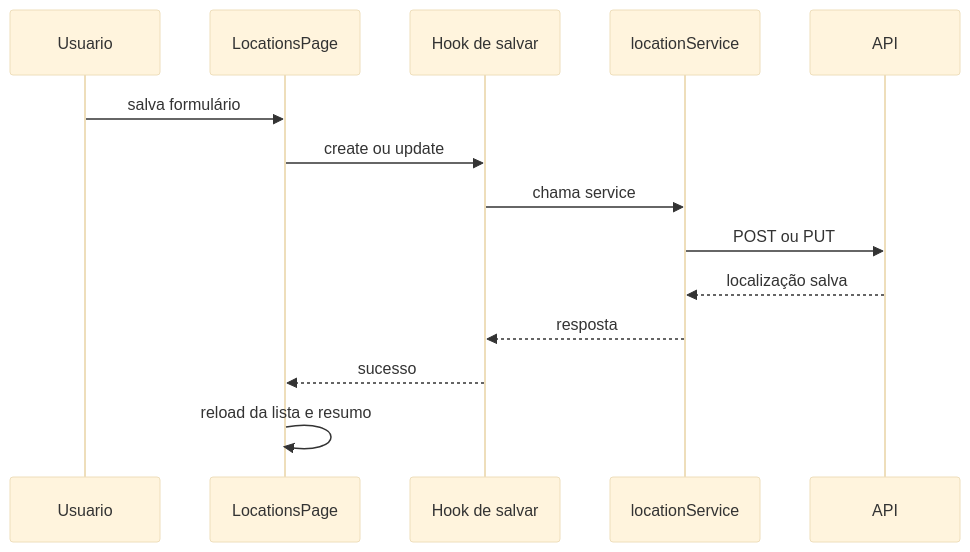
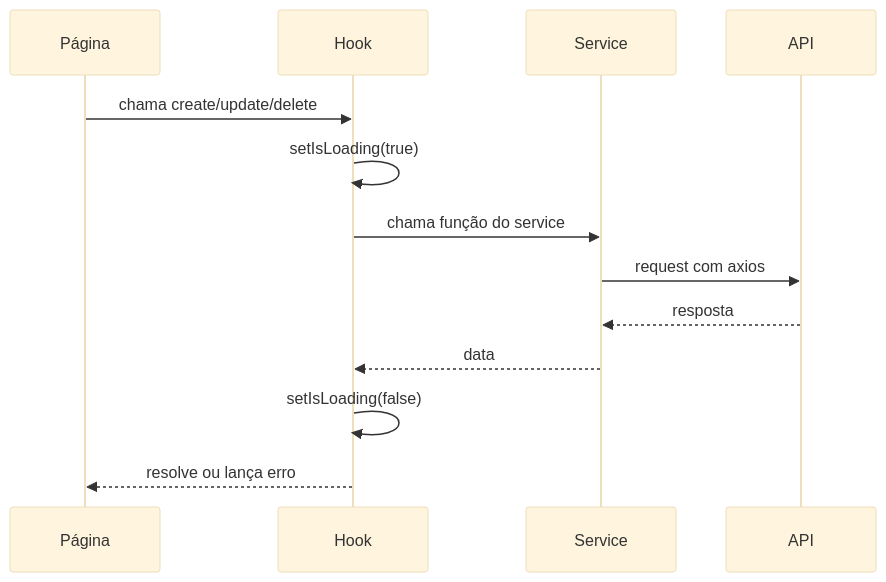
One commit to modulo-4-javascript/sistema-gestao-equipamentos-allef-ramos changed the third of 6 diagrams in frontend/docs/aula-08/README-alunos.md. Above: the diagram before and after it, drawn with Mermaid (base theme). The commit also changed other lines of this file and 2 other files, not shown here.

First line of the commit message:
feat: update README and LocationsPage for final assignment on Localizações

````diff
--- a/frontend/docs/aula-08/README-alunos.md
+++ b/frontend/docs/aula-08/README-alunos.md
@@ -214,17 +224,16 @@
 ```mermaid
 sequenceDiagram
-  participant User as Usuario
-  participant Page as LocationsPage
-  participant Hook as Hook de salvar
-  participant Service as locationService
+  participant Page as Página
+  participant Hook as Hook
+  participant Service as Service
   participant API as API
 
-  User->>Page: salva formulário
-  Page->>Hook: create ou update
-  Hook->>Service: chama service
-  Service->>API: POST ou PUT
-  API-->>Service: localização salva
-  Service-->>Hook: resposta
-  Hook-->>Page: sucesso
-  Page->>Page: reload da lista e resumo
+  Page->>Hook: chama create/update/delete
+  Hook->>Hook: setIsLoading(true)
+  Hook->>Service: chama função do service
+  Service->>API: request com axios
+  API-->>Service: resposta
+  Service-->>Hook: data
+  Hook->>Hook: setIsLoading(false)
+  Hook-->>Page: resolve ou lança erro
 ```
````
